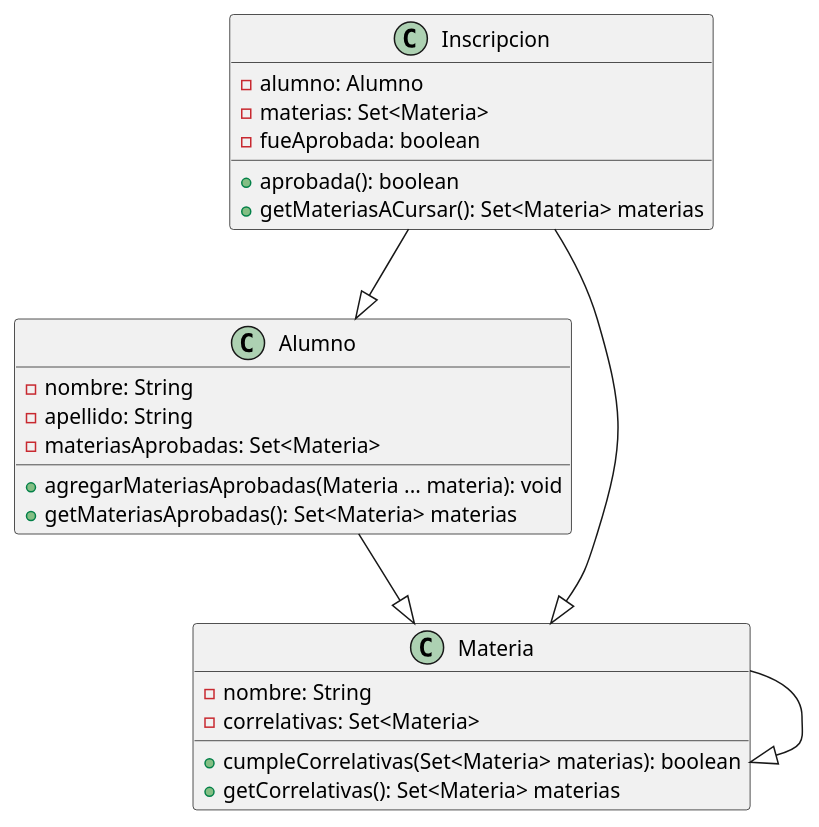
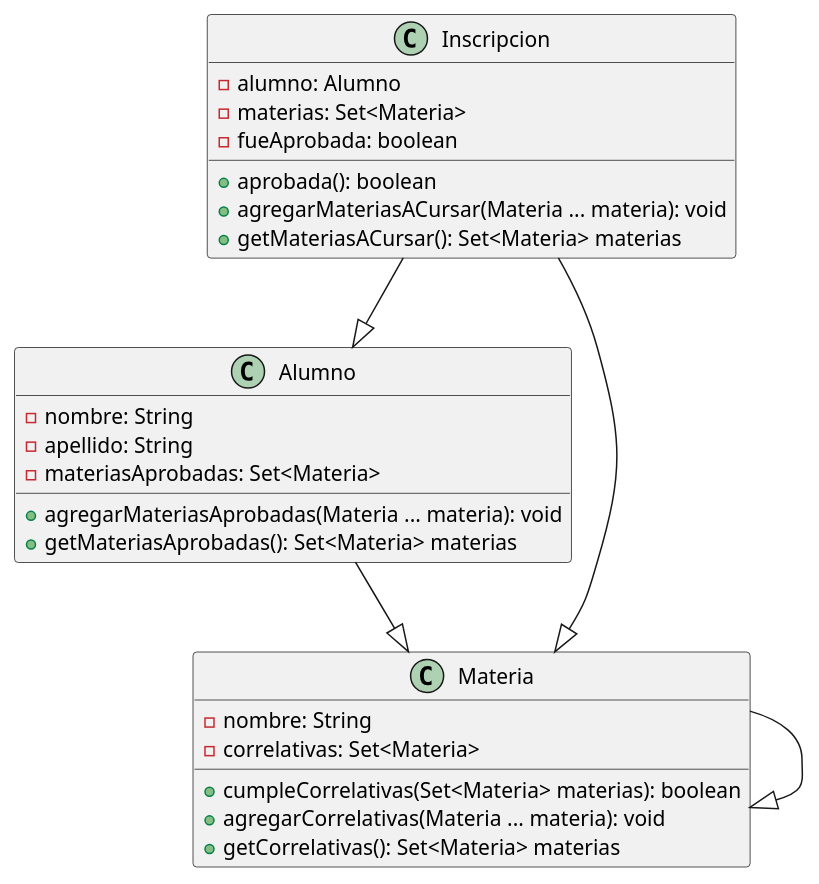
The diagram in Diagrama.puml (MarianelaBen/ValidadorCorrelativas), drawn with PlantUML before and after one commit.

Commit message:
actualizacion del diagrama

```diff
--- a/Diagrama.puml
+++ b/Diagrama.puml
@@ -1,35 +1,37 @@
 @startuml
 class Inscripcion{
     - alumno: Alumno
     - materias: Set<Materia>
     - fueAprobada: boolean
 
     +aprobada(): boolean
+    +agregarMateriasACursar(Materia ... materia): void
     +getMateriasACursar(): Set<Materia> materias
 
 }
 
 class Alumno{
     - nombre: String
     - apellido: String
     - materiasAprobadas: Set<Materia>
 
     + agregarMateriasAprobadas(Materia ... materia): void
     + getMateriasAprobadas(): Set<Materia> materias
 
 }
 
 class Materia{
     - nombre: String
     - correlativas: Set<Materia>
 
     + cumpleCorrelativas(Set<Materia> materias): boolean
+    + agregarCorrelativas(Materia ... materia): void
     + getCorrelativas(): Set<Materia> materias
 }
 
 Inscripcion --|> Alumno
 Inscripcion --|> Materia
 Alumno --|> Materia
 Materia --|> Materia
 
 @enduml
```
